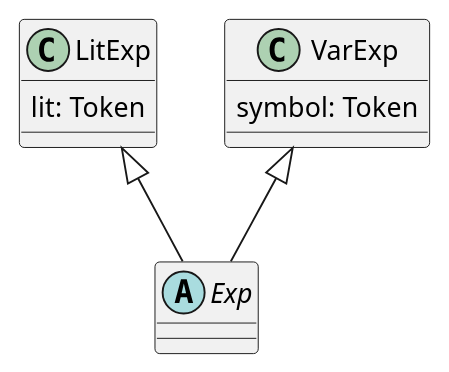
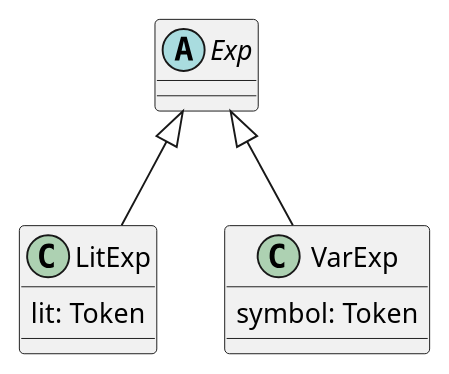
Before and after one commit to ourPLCC/course-materials-ng: the second of 3 diagrams in textbook/06-v0.md, drawn with PlantUML. The commit also changed other lines of this file, not shown here.

````diff
--- a/textbook/06-v0.md
+++ b/textbook/06-v0.md
@@ -128,16 +128,16 @@
 ```plantuml
 @startuml
 abstract class Exp
 
 class LitExp {
   lit: Token
 }
 
 class VarExp {
   symbol: Token
 }
 
-LitExp <|-- Exp
-VarExp <|-- Exp
+Exp <|-- LitExp
+Exp <|-- VarExp
 @enduml
 ```
````
